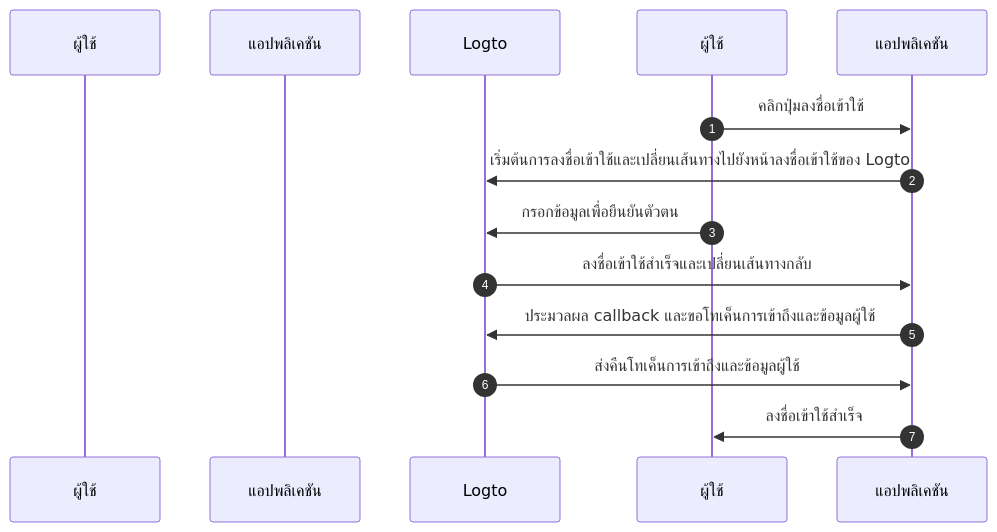
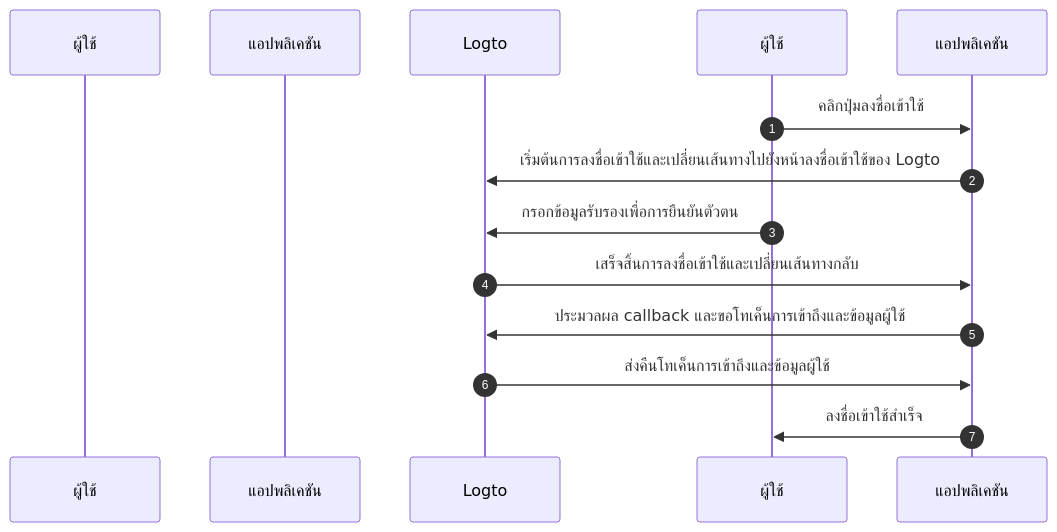
The first of 4 diagrams in i18n/th/docusaurus-plugin-content-docs/current/integrate-logto/integrate-logto-into-your-application/understand-authentication-flow.mdx (logto-io/docs), drawn with Mermaid before and after one commit. The commit also changed other lines of this file and 44 other files, not shown here.

````diff
--- a/i18n/th/docusaurus-plugin-content-docs/current/integrate-logto/integrate-logto-into-your-application/understand-authentication-flow.mdx
+++ b/i18n/th/docusaurus-plugin-content-docs/current/integrate-logto/integrate-logto-into-your-application/understand-authentication-flow.mdx
@@ -14,15 +14,15 @@
 ```mermaid
 sequenceDiagram
     autonumber
     participant User as ผู้ใช้
     participant Application as แอปพลิเคชัน
     participant Logto
 
     ผู้ใช้->>แอปพลิเคชัน: คลิกปุ่มลงชื่อเข้าใช้
     แอปพลิเคชัน->>Logto: เริ่มต้นการลงชื่อเข้าใช้และเปลี่ยนเส้นทางไปยังหน้าลงชื่อเข้าใช้ของ Logto
-    ผู้ใช้->>Logto: กรอกข้อมูลเพื่อยืนยันตัวตน
-    Logto->>แอปพลิเคชัน: ลงชื่อเข้าใช้สำเร็จและเปลี่ยนเส้นทางกลับ
+    ผู้ใช้->>Logto: กรอกข้อมูลรับรองเพื่อการยืนยันตัวตน
+    Logto->>แอปพลิเคชัน: เสร็จสิ้นการลงชื่อเข้าใช้และเปลี่ยนเส้นทางกลับ
     แอปพลิเคชัน->>Logto: ประมวลผล callback และขอโทเค็นการเข้าถึงและข้อมูลผู้ใช้
     Logto->>แอปพลิเคชัน: ส่งคืนโทเค็นการเข้าถึงและข้อมูลผู้ใช้
     แอปพลิเคชัน->>ผู้ใช้: ลงชื่อเข้าใช้สำเร็จ
 ```
````
